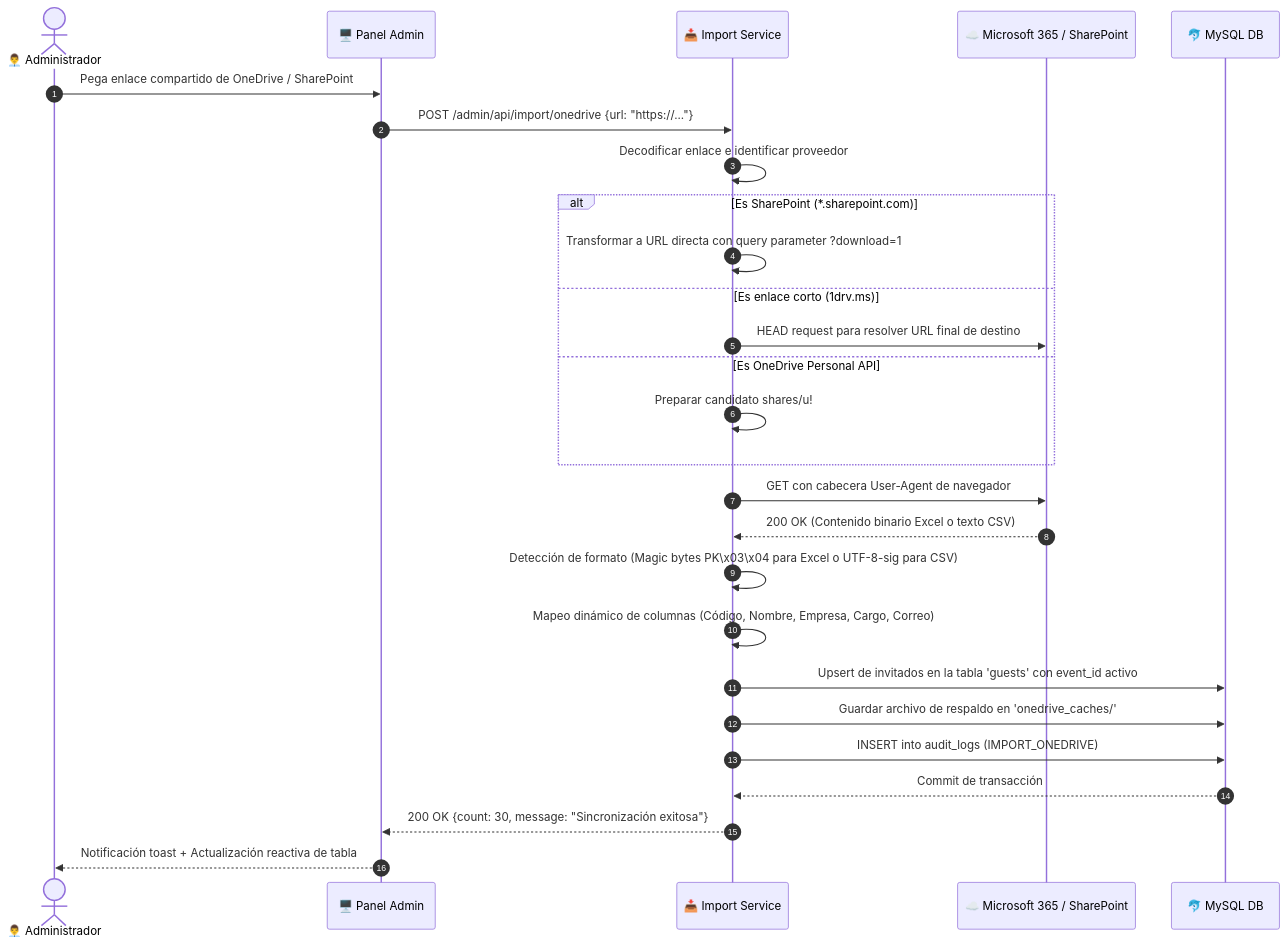
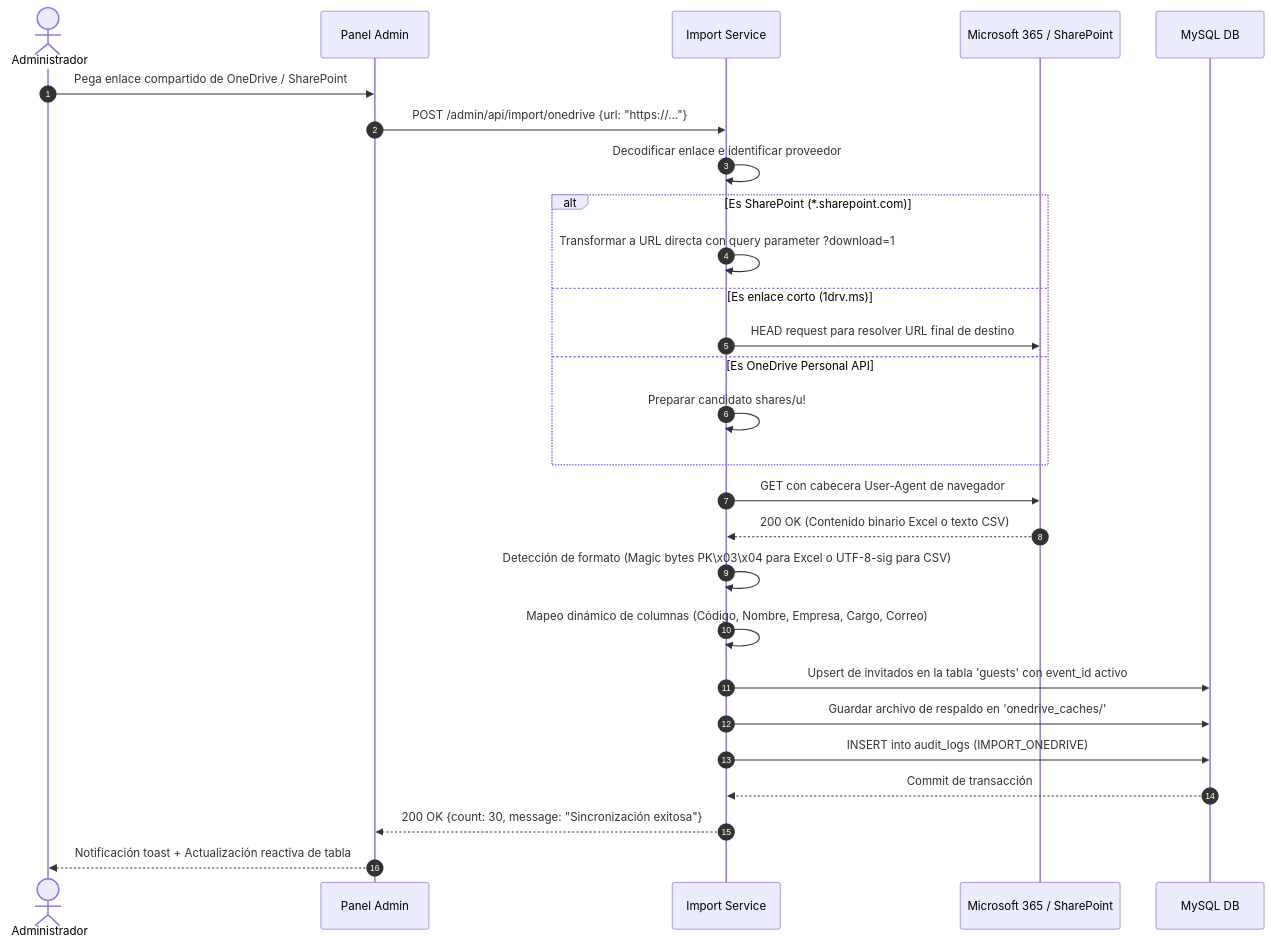
The third of 4 diagrams in ARQUITECTURA_Y_FUNCIONAMIENTO.md (BryShdw/CheckIn-Demo), drawn with Mermaid before and after one commit. The commit also changed other lines of this file and 13 other files, not shown here.

````diff
--- a/ARQUITECTURA_Y_FUNCIONAMIENTO.md
+++ b/ARQUITECTURA_Y_FUNCIONAMIENTO.md
@@ -223,31 +223,31 @@
 ```mermaid
 sequenceDiagram
-    autonumber
-    actor Admin as 👨‍💼 Administrador
-    participant Panel as 🖥️ Panel Admin
-    participant Service as 📥 Import Service
-    participant MS as ☁️ Microsoft 365 / SharePoint
-    participant DB as 🐬 MySQL DB
+ autonumber
+ actor Admin as ‍ Administrador
+ participant Panel as  Panel Admin
+ participant Service as Import Service
+ participant MS as  Microsoft 365 / SharePoint
+ participant DB as MySQL DB
 
-    Admin->>Panel: Pega enlace compartido de OneDrive / SharePoint
-    Panel->>Service: POST /admin/api/import/onedrive {url: "https://..."}
-    Service->>Service: Decodificar enlace e identificar proveedor
-    alt Es SharePoint (*.sharepoint.com)
-        Service->>Service: Transformar a URL directa con query parameter ?download=1
-    else Es enlace corto (1drv.ms)
-        Service->>MS: HEAD request para resolver URL final de destino
-    else Es OneDrive Personal API
-        Service->>Service: Preparar candidato shares/u!
-    end
+ Admin->>Panel: Pega enlace compartido de OneDrive / SharePoint
+ Panel->>Service: POST /admin/api/import/onedrive {url: "https://..."}
+ Service->>Service: Decodificar enlace e identificar proveedor
+ alt Es SharePoint (*.sharepoint.com)
+ Service->>Service: Transformar a URL directa con query parameter ?download=1
+ else Es enlace corto (1drv.ms)
+ Service->>MS: HEAD request para resolver URL final de destino
+ else Es OneDrive Personal API
+ Service->>Service: Preparar candidato shares/u!
+ end
 
-    Service->>MS: GET con cabecera User-Agent de navegador
-    MS-->>Service: 200 OK (Contenido binario Excel o texto CSV)
-    Service->>Service: Detección de formato (Magic bytes PK\x03\x04 para Excel o UTF-8-sig para CSV)
-    Service->>Service: Mapeo dinámico de columnas (Código, Nombre, Empresa, Cargo, Correo)
-    Service->>DB: Upsert de invitados en la tabla 'guests' con event_id activo
-    Service->>DB: Guardar archivo de respaldo en 'onedrive_caches/'
-    Service->>DB: INSERT into audit_logs (IMPORT_ONEDRIVE)
-    DB-->>Service: Commit de transacción
-    Service-->>Panel: 200 OK {count: 30, message: "Sincronización exitosa"}
-    Panel-->>Admin: Notificación toast + Actualización reactiva de tabla
+ Service->>MS: GET con cabecera User-Agent de navegador
+ MS-->>Service: 200 OK (Contenido binario Excel o texto CSV)
+ Service->>Service: Detección de formato (Magic bytes PK\x03\x04 para Excel o UTF-8-sig para CSV)
+ Service->>Service: Mapeo dinámico de columnas (Código, Nombre, Empresa, Cargo, Correo)
+ Service->>DB: Upsert de invitados en la tabla 'guests' con event_id activo
+ Service->>DB: Guardar archivo de respaldo en 'onedrive_caches/'
+ Service->>DB: INSERT into audit_logs (IMPORT_ONEDRIVE)
+ DB-->>Service: Commit de transacción
+ Service-->>Panel: 200 OK {count: 30, message: "Sincronización exitosa"}
+ Panel-->>Admin: Notificación toast + Actualización reactiva de tabla
 ```
````
